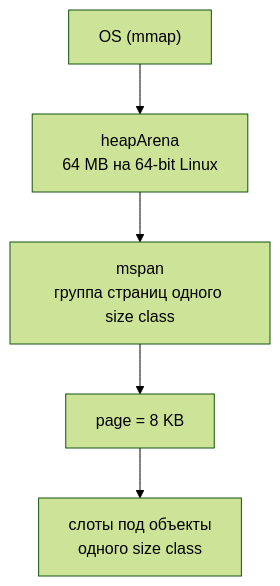
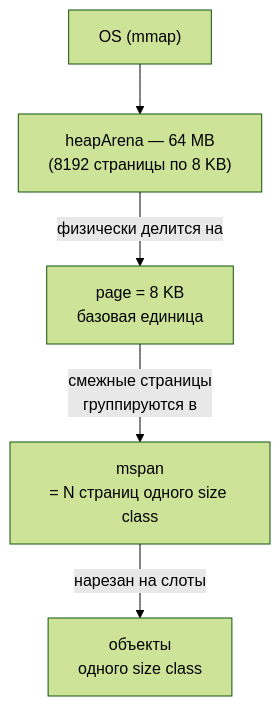
One commit to fev0ks/LearnGoLang changed the third of 3 diagrams in docs/senior-golang-study/01-go-core/memory-internals/01-stack-and-heap.md. Above: the diagram before and after it, drawn with Mermaid (forest theme). The commit also changed other lines of this file and 1 other file, not shown here.

Commit message:
Clarify heap arena/page/span relationship

````diff
--- a/docs/senior-golang-study/01-go-core/memory-internals/01-stack-and-heap.md
+++ b/docs/senior-golang-study/01-go-core/memory-internals/01-stack-and-heap.md
@@ -276,7 +278,7 @@
 ```mermaid
 flowchart TD
-    OS["OS (mmap)"] --> Arena["heapArena<br/>64 MB на 64-bit Linux"]
-    Arena --> Span["mspan<br/>группа страниц одного size class"]
-    Span --> Page["page = 8 KB"]
-    Page --> Obj["слоты под объекты<br/>одного size class"]
+    OS["OS (mmap)"] --> Arena["heapArena — 64 MB<br/>(8192 страницы по 8 KB)"]
+    Arena -->|"физически делится на"| Page["page = 8 KB<br/>базовая единица"]
+    Page -->|"смежные страницы<br/>группируются в"| Span["mspan<br/>= N страниц одного size class"]
+    Span -->|"нарезан на слоты"| Obj["объекты<br/>одного size class"]
 ```
````
